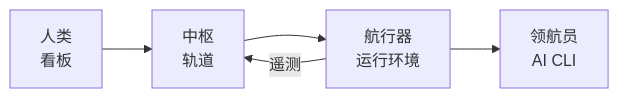
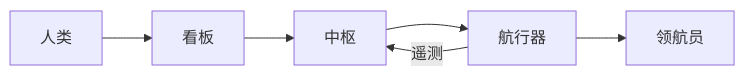
The first of 2 diagrams in README.zh-CN.md (CrazyForks/ufo), drawn with Mermaid before and after one commit. The commit also changed other lines of this file and 76 other files, not shown here.

````diff
--- a/README.zh-CN.md
+++ b/README.zh-CN.md
@@ -186,7 +205,8 @@
 ```mermaid
 flowchart LR
-    human["人类<br/>看板"] --> hub["中枢<br/>轨道"]
-    hub --> rover["航行器<br/>运行环境"]
-    rover --> pilot["领航员<br/>AI CLI"]
+    human["人类"] --> board["看板"]
+    board --> hub["中枢"]
+    hub --> rover["航行器"]
+    rover --> pilot["领航员"]
     rover -- 遥测 --> hub
 ```
````
